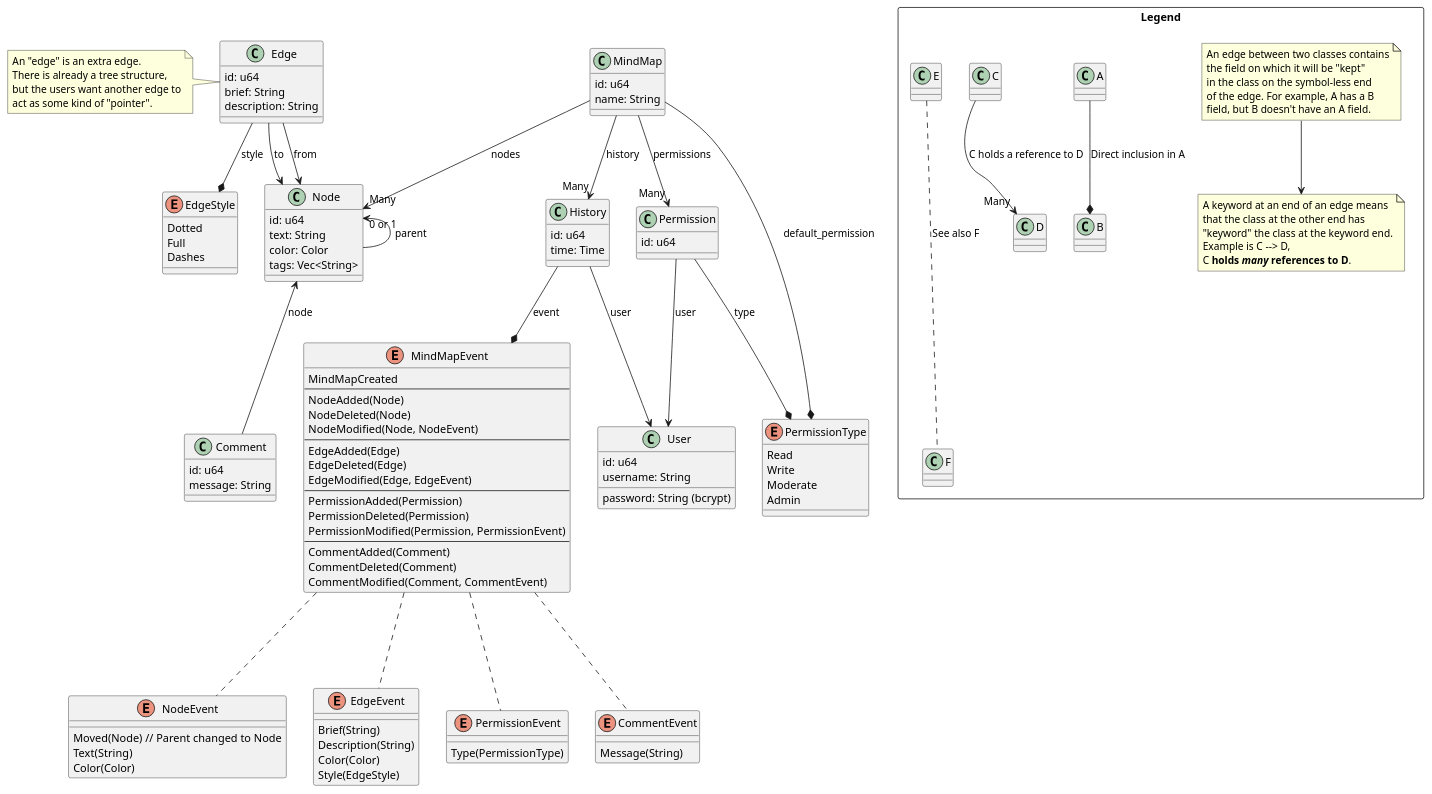
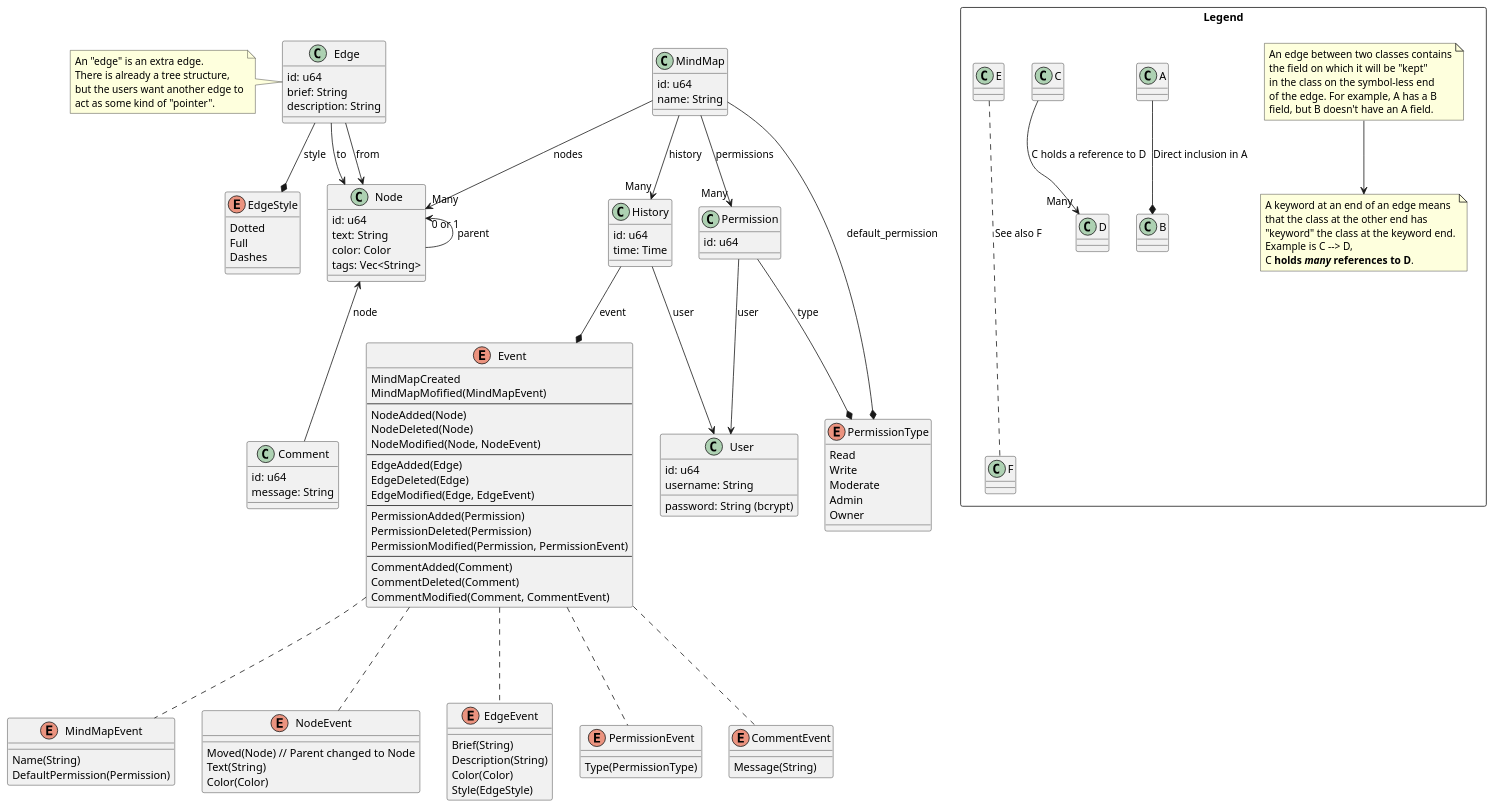
The diagram in specs/classes.puml (FlatBartender/mindmap), drawn with PlantUML before and after one commit.

Commit message:
Changed classes names and added the MindMapEvent

```diff
--- a/specs/classes.puml
+++ b/specs/classes.puml
@@ -1,165 +1,174 @@
 @startuml
 
 class MindMap {
 	id: u64
 	name: String
 }
 
 MindMap --> "Many" Node : nodes
 MindMap --> "Many" Permission : permissions
 MindMap --* PermissionType : default_permission
 MindMap --> "Many" History : history
 
 class Permission {
 	id: u64
 }
 
 Permission --> User : user
 Permission --* PermissionType : type
 
 enum PermissionType {
 	Read
 	Write
 	Moderate
 	Admin
+	Owner
 }
 
 class Node {
 	id: u64
 	text: String
 	color: Color
 	tags: Vec<String>
 }
 
 Node "0 or 1" <-- Node : parent
 
 class Comment {
 	id: u64
 	message: String
 }
 
 Node <-- Comment : node
 
 class Edge {
 	id: u64
 	brief: String
 	description: String
 }
 
 note left of Edge
 	An "edge" is an extra edge. 
 	There is already a tree structure,
 	but the users want another edge to
 	act as some kind of "pointer".
 end note
 
 Edge --> Node : from
 Edge --> Node : to
 
 enum EdgeStyle {
 	Dotted
 	Full
 	Dashes
 }
 
 Edge --* EdgeStyle : style
 
 class User {
 	id: u64
 	username: String
 	password: String (bcrypt)
 }
 
 class History {
 	id: u64
 	time: Time
 }
 
 History --> User : user
 
-enum MindMapEvent {
+enum Event {
 	MindMapCreated
+	MindMapMofified(MindMapEvent)
 	---
 	NodeAdded(Node)
 	NodeDeleted(Node)
 	NodeModified(Node, NodeEvent)
 	---
 	EdgeAdded(Edge)
 	EdgeDeleted(Edge)
 	EdgeModified(Edge, EdgeEvent)
 	---
 	PermissionAdded(Permission)
 	PermissionDeleted(Permission)
 	PermissionModified(Permission, PermissionEvent)
 	---
 	CommentAdded(Comment)
 	CommentDeleted(Comment)
 	CommentModified(Comment, CommentEvent)
 }
 
-History --* MindMapEvent : event
+History --* Event : event
+
+enum MindMapEvent {
+	Name(String)
+	DefaultPermission(Permission)
+}
+
+Event ... MindMapEvent
 
 enum NodeEvent {
 	Moved(Node) // Parent changed to Node
 	Text(String)
 	Color(Color)
 }
 
-MindMapEvent ... NodeEvent
+Event ... NodeEvent
 
 enum EdgeEvent {
 	Brief(String)
 	Description(String)
 	Color(Color)
 	Style(EdgeStyle)
 }
 
-MindMapEvent ... EdgeEvent
+Event ... EdgeEvent
 
 enum PermissionEvent {
 	Type(PermissionType)
 }
 
-MindMapEvent ... PermissionEvent
+Event ... PermissionEvent
 
 enum CommentEvent {
 	Message(String)
 }
 
-MindMapEvent ... CommentEvent
+Event ... CommentEvent
 
 package Legend <<Rectangle>> {
 	class A
 	class B
 	A --* B : Direct inclusion in A
 
 	class C
 	class D
 	C --> "Many" D : C holds a reference to D
 
 	class E
 	class F
 	E ... F : See also F
 
 	together {
 		note as legend_note_1
 			An edge between two classes contains
 			the field on which it will be "kept"
 			in the class on the symbol-less end
 			of the edge. For example, A has a B
 			field, but B doesn't have an A field.
 		end note
 
 		note as legend_note_2
 			A keyword at an end of an edge means
 			that the class at the other end has
 			"keyword" the class at the keyword end.
 			Example is C --> D,
 			C <b>holds <i>many</i> references to D</b>.
 		end note
 
 		legend_note_1 -down-> legend_note_2
 	}
 }
 
 @enduml
```
